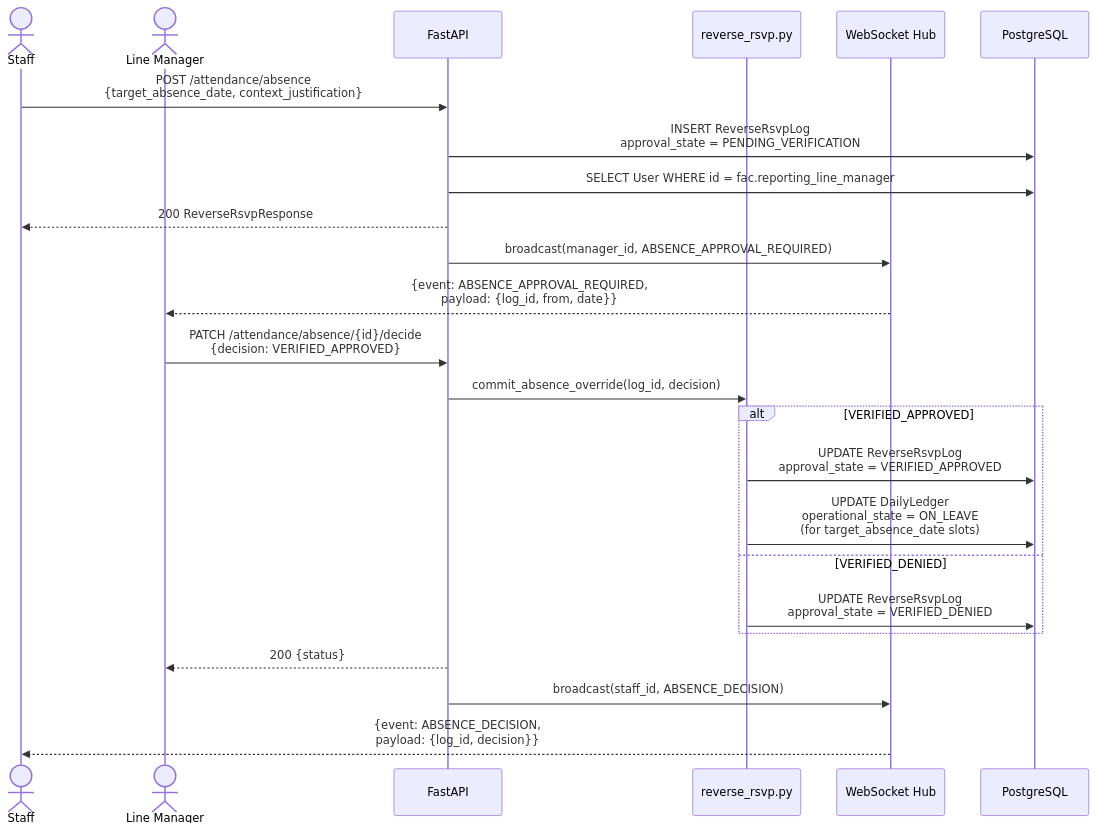
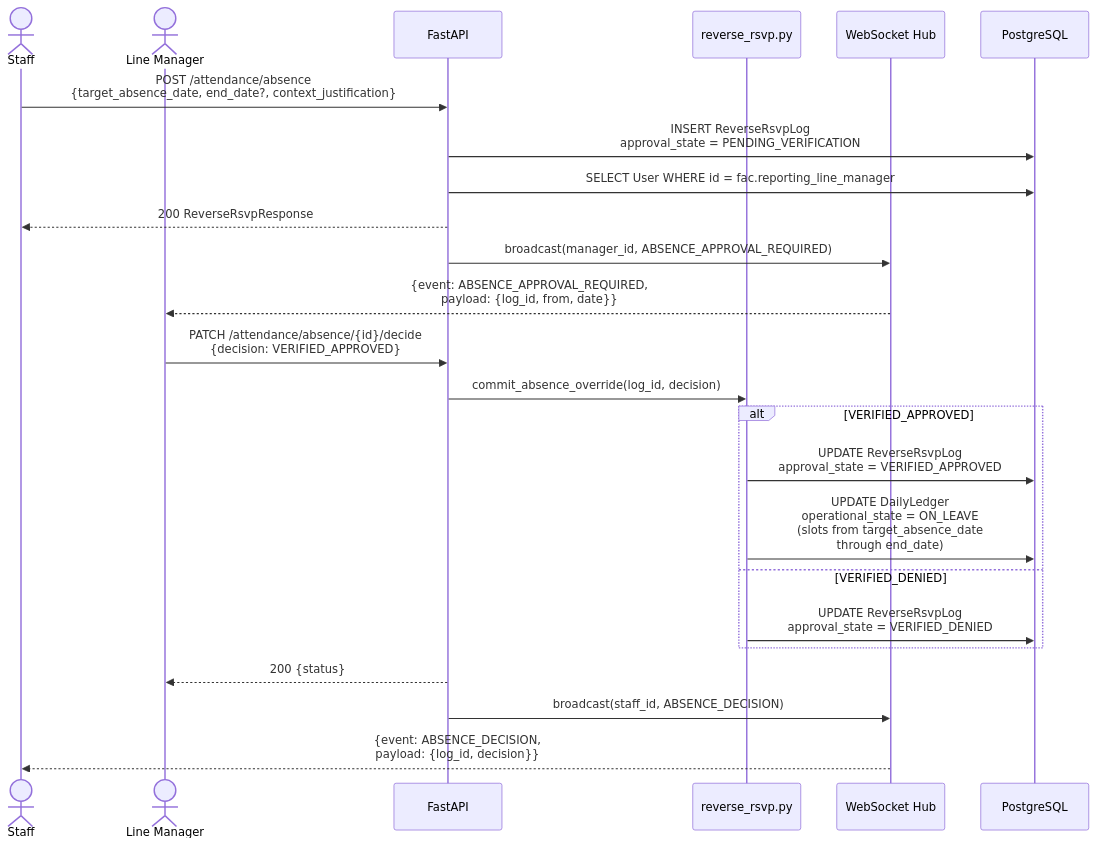
Before and after one commit to Life-Experimentalist/Chronos-Ledger: the second of 4 diagrams in docs/flows.md, drawn with Mermaid. The commit also changed 14 other files, not shown here.

First line of the commit message:
feat(absence): an absence request can cover a range of days with end_date

````diff
--- a/docs/flows.md
+++ b/docs/flows.md
@@ -56,30 +56,30 @@
 ```mermaid
 sequenceDiagram
     actor Fac as Staff
     actor Mgr as Line Manager
     participant API as FastAPI
     participant RSVP as reverse_rsvp.py
     participant WS as WebSocket Hub
     participant DB as PostgreSQL
 
-    Fac->>API: POST /attendance/absence<br/>{target_absence_date, context_justification}
+    Fac->>API: POST /attendance/absence<br/>{target_absence_date, end_date?, context_justification}
     API->>DB: INSERT ReverseRsvpLog<br/>approval_state = PENDING_VERIFICATION
     API->>DB: SELECT User WHERE id = fac.reporting_line_manager
     API-->>Fac: 200 ReverseRsvpResponse
     API->>WS: broadcast(manager_id, ABSENCE_APPROVAL_REQUIRED)
     WS-->>Mgr: {event: ABSENCE_APPROVAL_REQUIRED,<br/>payload: {log_id, from, date}}
 
     Mgr->>API: PATCH /attendance/absence/{id}/decide<br/>{decision: VERIFIED_APPROVED}
     API->>RSVP: commit_absence_override(log_id, decision)
 
     alt VERIFIED_APPROVED
         RSVP->>DB: UPDATE ReverseRsvpLog<br/>approval_state = VERIFIED_APPROVED
-        RSVP->>DB: UPDATE DailyLedger<br/>operational_state = ON_LEAVE<br/>(for target_absence_date slots)
+        RSVP->>DB: UPDATE DailyLedger<br/>operational_state = ON_LEAVE<br/>(slots from target_absence_date<br/>through end_date)
     else VERIFIED_DENIED
         RSVP->>DB: UPDATE ReverseRsvpLog<br/>approval_state = VERIFIED_DENIED
     end
 
     API-->>Mgr: 200 {status}
     API->>WS: broadcast(staff_id, ABSENCE_DECISION)
     WS-->>Fac: {event: ABSENCE_DECISION,<br/>payload: {log_id, decision}}
 ```
````
